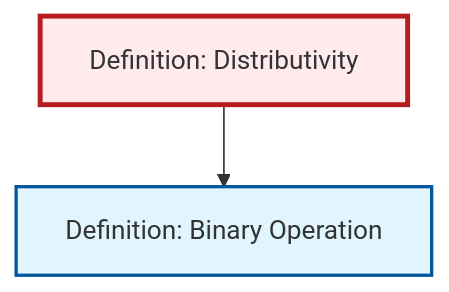
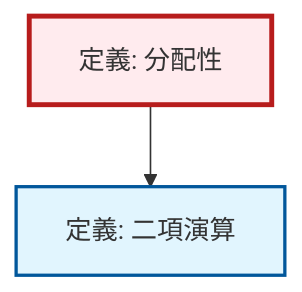
Before and after one commit to RK0429/ModernMath: the diagram in content/ja/algebra/def-distributivity.qmd, drawn with Mermaid. The commit also changed 1069 other files, not shown here.

````diff
--- a/content/ja/algebra/def-distributivity.qmd
+++ b/content/ja/algebra/def-distributivity.qmd
@@ -105,14 +105,14 @@
 ```{mermaid}
 %%| fig-cap: "Local dependency graph"
 graph TD
     classDef definition fill:#e1f5fe,stroke:#01579b,stroke-width:2px
     classDef theorem fill:#f3e5f5,stroke:#4a148c,stroke-width:2px
     classDef axiom fill:#fff3e0,stroke:#e65100,stroke-width:2px
     classDef example fill:#e8f5e9,stroke:#1b5e20,stroke-width:2px
     classDef current fill:#ffebee,stroke:#b71c1c,stroke-width:3px
-    def-binary-operation["Definition: Binary Operation"]:::definition
-    def-distributivity["Definition: Distributivity"]:::definition
+    def-distributivity["定義: 分配性"]:::definition
+    def-binary-operation["定義: 二項演算"]:::definition
     def-distributivity --> def-binary-operation
     class def-distributivity current
-    click def-binary-operation "def-binary-operation.html" "Definition: Binary Operationへ"
+    click def-binary-operation "def-binary-operation.html" "二項演算の定義へ"
 ```
````
